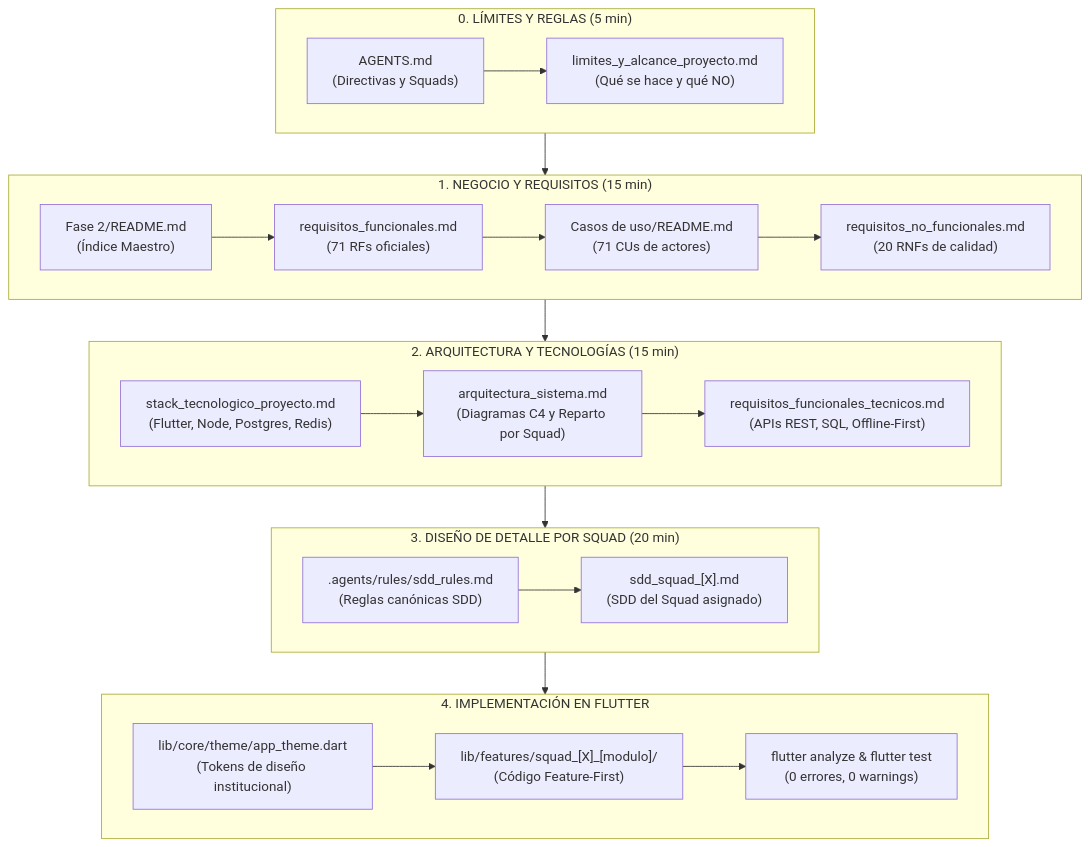
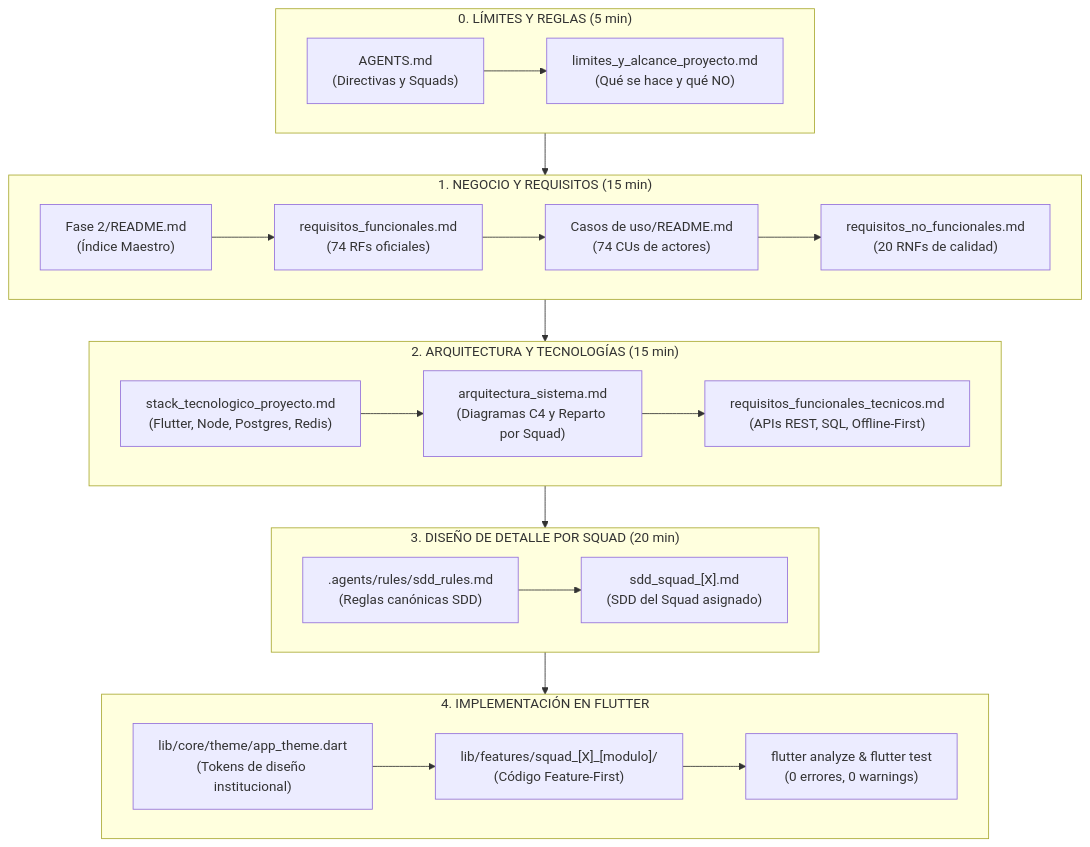
One commit to Eduardo-Sebastian-Paipay-Vega/school-management-system changed the diagram in .agents/skills/guia-lectura-proyecto/SKILL.md. Above: the diagram before and after it, drawn with Mermaid. The commit also changed other lines of this file and 23 other files, not shown here.

````diff
--- a/.agents/skills/guia-lectura-proyecto/SKILL.md
+++ b/.agents/skills/guia-lectura-proyecto/SKILL.md
@@ -29,31 +29,31 @@
 ```mermaid
 flowchart TD
     subgraph PASO_0 ["0. LÍMITES Y REGLAS (5 min)"]
         A1["AGENTS.md<br>(Directivas y Squads)"] --> A2["limites_y_alcance_proyecto.md<br>(Qué se hace y qué NO)"]
     end
 
     subgraph PASO_1 ["1. NEGOCIO Y REQUISITOS (15 min)"]
-        B1["Fase 2/README.md<br>(Índice Maestro)"] --> B2["requisitos_funcionales.md<br>(71 RFs oficiales)"]
-        B2 --> B3["Casos de uso/README.md<br>(71 CUs de actores)"]
+        B1["Fase 2/README.md<br>(Índice Maestro)"] --> B2["requisitos_funcionales.md<br>(74 RFs oficiales)"]
+        B2 --> B3["Casos de uso/README.md<br>(74 CUs de actores)"]
         B3 --> B4["requisitos_no_funcionales.md<br>(20 RNFs de calidad)"]
     end
 
     subgraph PASO_2 ["2. ARQUITECTURA Y TECNOLOGÍAS (15 min)"]
         C1["stack_tecnologico_proyecto.md<br>(Flutter, Node, Postgres, Redis)"] --> C2["arquitectura_sistema.md<br>(Diagramas C4 y Reparto por Squad)"]
         C2 --> C3["requisitos_funcionales_tecnicos.md<br>(APIs REST, SQL, Offline-First)"]
     end
 
     subgraph PASO_3 ["3. DISEÑO DE DETALLE POR SQUAD (20 min)"]
         D1[".agents/rules/sdd_rules.md<br>(Reglas canónicas SDD)"] --> D2["sdd_squad_[X].md<br>(SDD del Squad asignado)"]
     end
 
     subgraph PASO_4 ["4. IMPLEMENTACIÓN EN FLUTTER"]
         E1["lib/core/theme/app_theme.dart<br>(Tokens de diseño institucional)"] --> E2["lib/features/squad_[X]_[modulo]/<br>(Código Feature-First)"]
         E2 --> E3["flutter analyze & flutter test<br>(0 errores, 0 warnings)"]
     end
 
     PASO_0 --> PASO_1
     PASO_1 --> PASO_2
     PASO_2 --> PASO_3
     PASO_3 --> PASO_4
 ```
````
